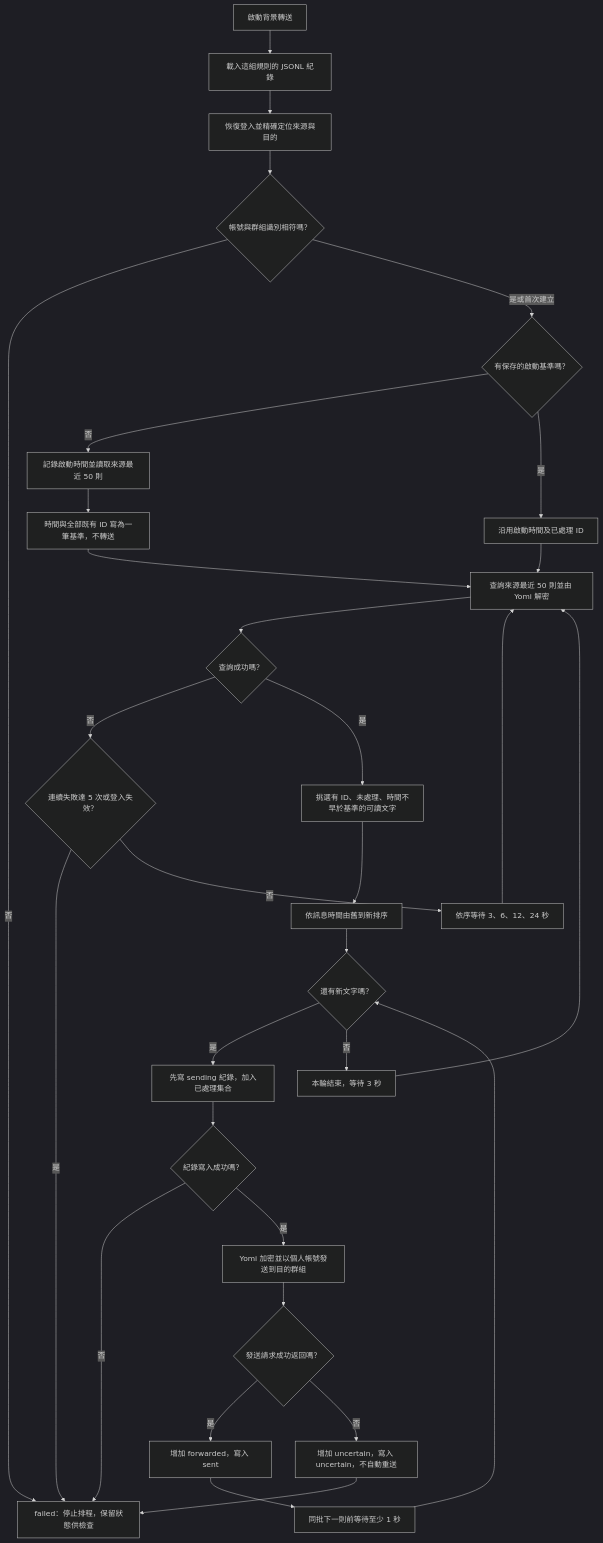
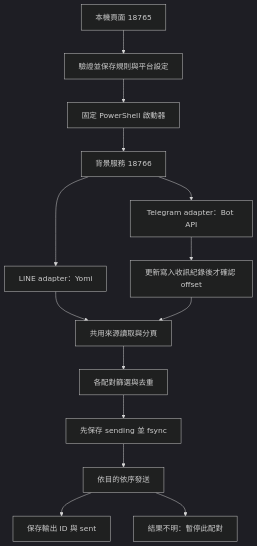
Before and after one commit to b40609/LinePort: the diagram in docs/ARCHITECTURE.md, drawn with Mermaid (dark theme). The commit also changed other lines of this file and 26 other files, not shown here.

Commit message:
feat: add multi-route LINE and Telegram forwarding

````diff
--- a/docs/ARCHITECTURE.md
+++ b/docs/ARCHITECTURE.md
@@ -39,33 +7,16 @@
 ```mermaid
 flowchart TD
-    A[啟動背景轉送] --> B[載入這組規則的 JSONL 紀錄]
-    B --> C[恢復登入並精確定位來源與目的]
-    C --> R{帳號與群組識別相符嗎？}
-    R -- 否 --> Z
-    R -- 是或首次建立 --> D{有保存的啟動基準嗎？}
-    D -- 否 --> E[記錄啟動時間並讀取來源最近 50 則]
-    E --> F[時間與全部既有 ID 寫為一筆基準，不轉送]
-    D -- 是 --> G[沿用啟動時間及已處理 ID]
-    F --> H[查詢來源最近 50 則並由 Yomi 解密]
-    G --> H
-    H --> I{查詢成功嗎？}
-    I -- 否 --> X{連續失敗達 5 次或登入失效？}
-    I -- 是 --> J[挑選有 ID、未處理、時間不早於基準的可讀文字]
-    J --> K[依訊息時間由舊到新排序]
-    K --> N{還有新文字嗎？}
-    N -- 是 --> M[先寫 sending 紀錄，加入已處理集合]
-    M --> P{紀錄寫入成功嗎？}
-    P -- 否 --> Z[failed：停止排程，保留狀態供檢查]
-    P -- 是 --> Q[Yomi 加密並以個人帳號發送到目的群組]
-    Q --> T{發送請求成功返回嗎？}
-    T -- 是 --> V[增加 forwarded，寫入 sent]
-    T -- 否 --> W[增加 uncertain，寫入 uncertain，不自動重送]
-    V --> U[同批下一則前等待至少 1 秒]
-    U --> N
-    W --> Z
-    N -- 否 --> S[本輪結束，等待 3 秒]
-    X -- 是 --> Z
-    X -- 否 --> Y[依序等待 3、6、12、24 秒]
-    Y --> H
-    S --> H
+    UI[本機頁面 18765] --> C[驗證並保存規則與平台設定]
+    C --> P[固定 PowerShell 啟動器]
+    P --> E[背景服務 18766]
+    E --> L[LINE adapter：Yomi]
+    E --> T[Telegram adapter：Bot API]
+    L --> R[共用來源讀取與分頁]
+    T --> I[更新寫入收訊紀錄後才確認 offset]
+    I --> R
+    R --> F[各配對篩選與去重]
+    F --> J[先保存 sending 並 fsync]
+    J --> D[依目的依序發送]
+    D --> O[保存輸出 ID 與 sent]
+    D --> U[結果不明：暫停此配對]
 ```
````
